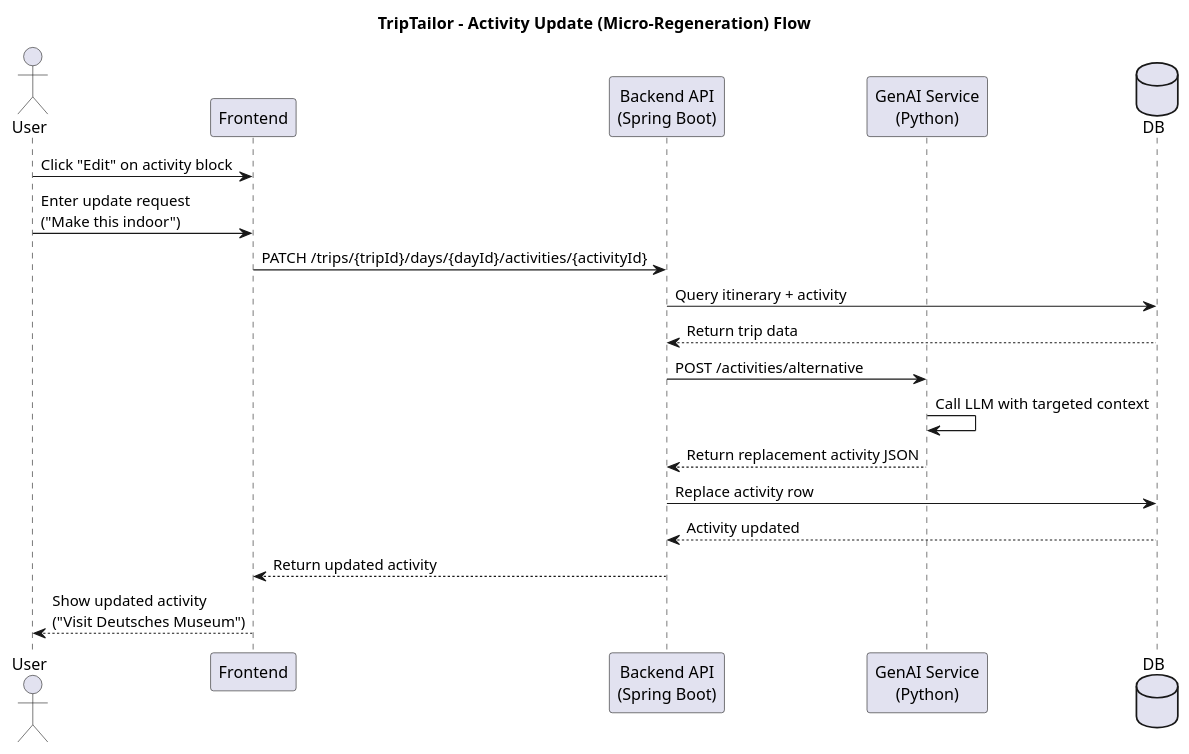
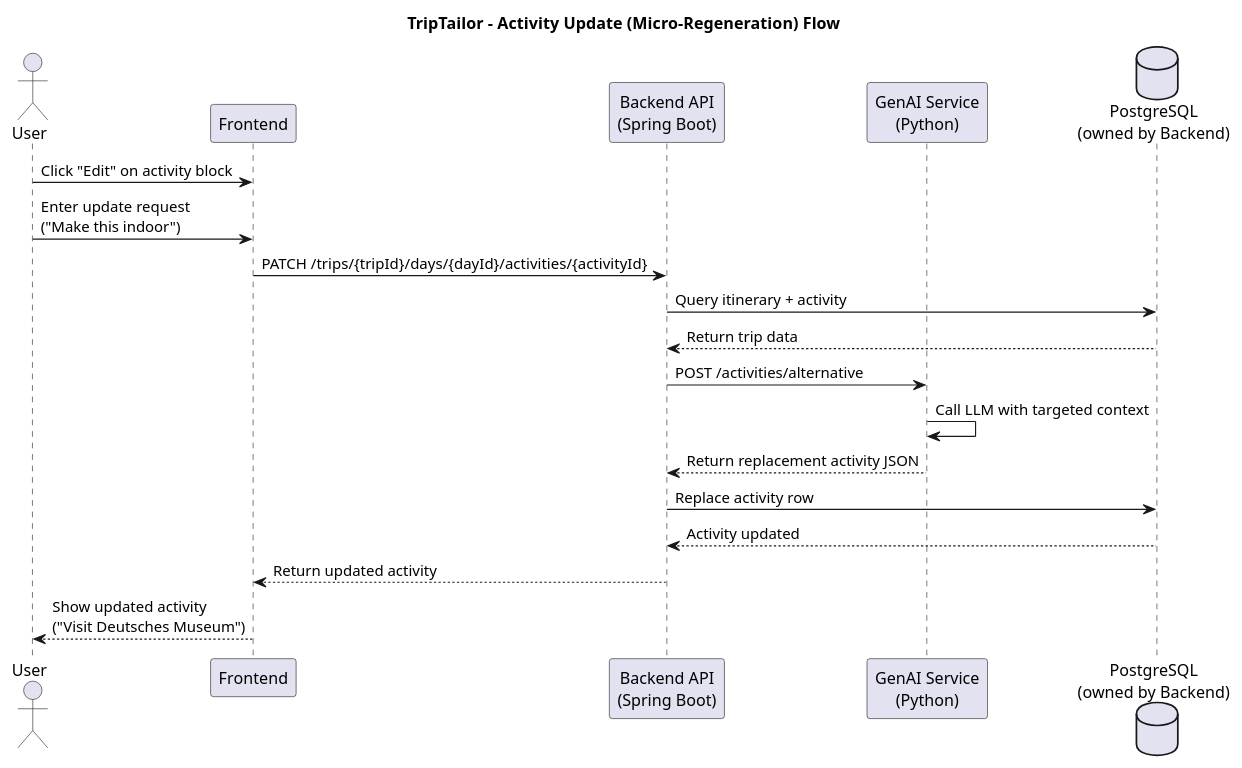
Before and after one commit to AET-DevOps26/team-continuous-vacation: the diagram in diagrams/update-flow-diagram.puml, drawn with PlantUML. The commit also changed 70 other files, not shown here.

```diff
--- a/diagrams/update-flow-diagram.puml
+++ b/diagrams/update-flow-diagram.puml
@@ -1,29 +1,29 @@
 @startuml update-activity-flow
 title TripTailor - Activity Update (Micro-Regeneration) Flow
 
 actor User
 participant Frontend
 participant "Backend API\n(Spring Boot)" as API
 participant "GenAI Service\n(Python)" as AI
-database DB
+database "PostgreSQL\n(owned by Backend)" as DB
 
 User -> Frontend : Click "Edit" on activity block
 User -> Frontend : Enter update request\n("Make this indoor")
 
 Frontend -> API : PATCH /trips/{tripId}/days/{dayId}/activities/{activityId}
 
 API -> DB : Query itinerary + activity
 DB --> API : Return trip data
 
 API -> AI : POST /activities/alternative
 AI -> AI : Call LLM with targeted context
 AI --> API : Return replacement activity JSON
 
 API -> DB : Replace activity row
 DB --> API : Activity updated
 
 API --> Frontend : Return updated activity
 
 Frontend --> User : Show updated activity\n("Visit Deutsches Museum")
 
 @enduml
```
